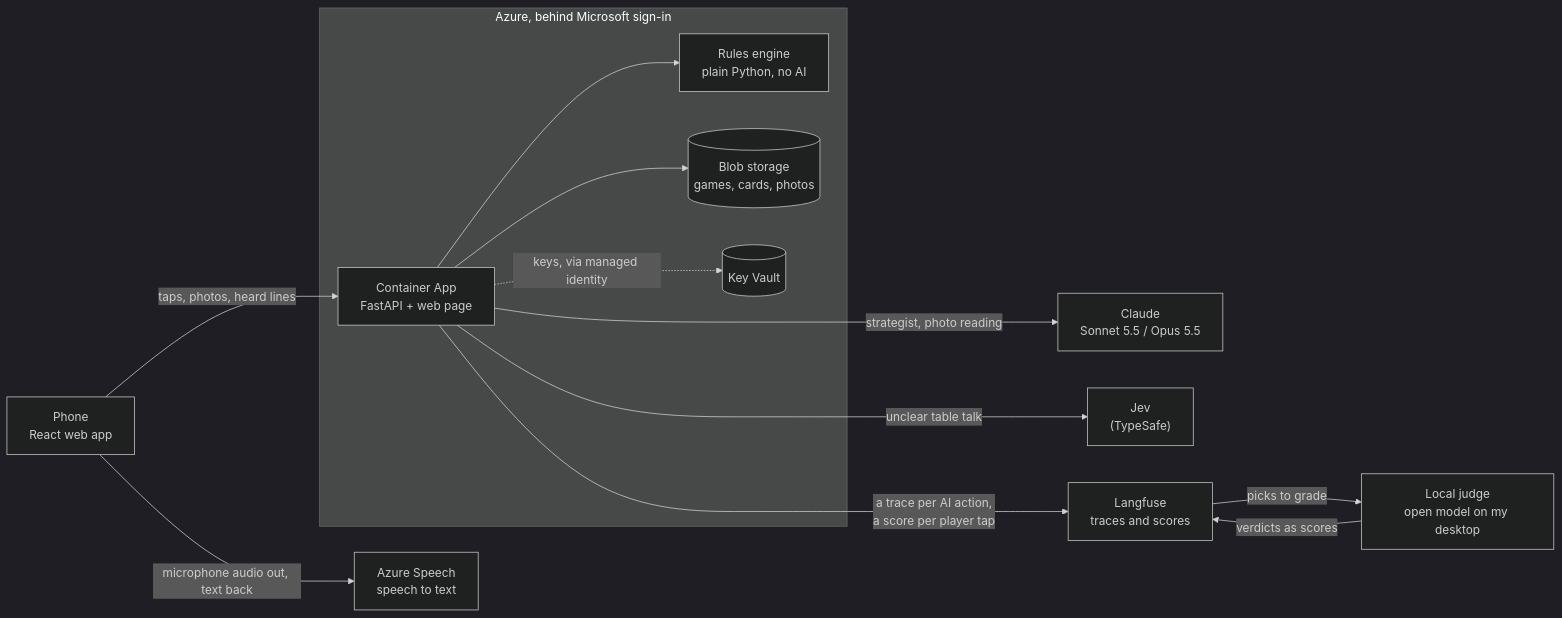
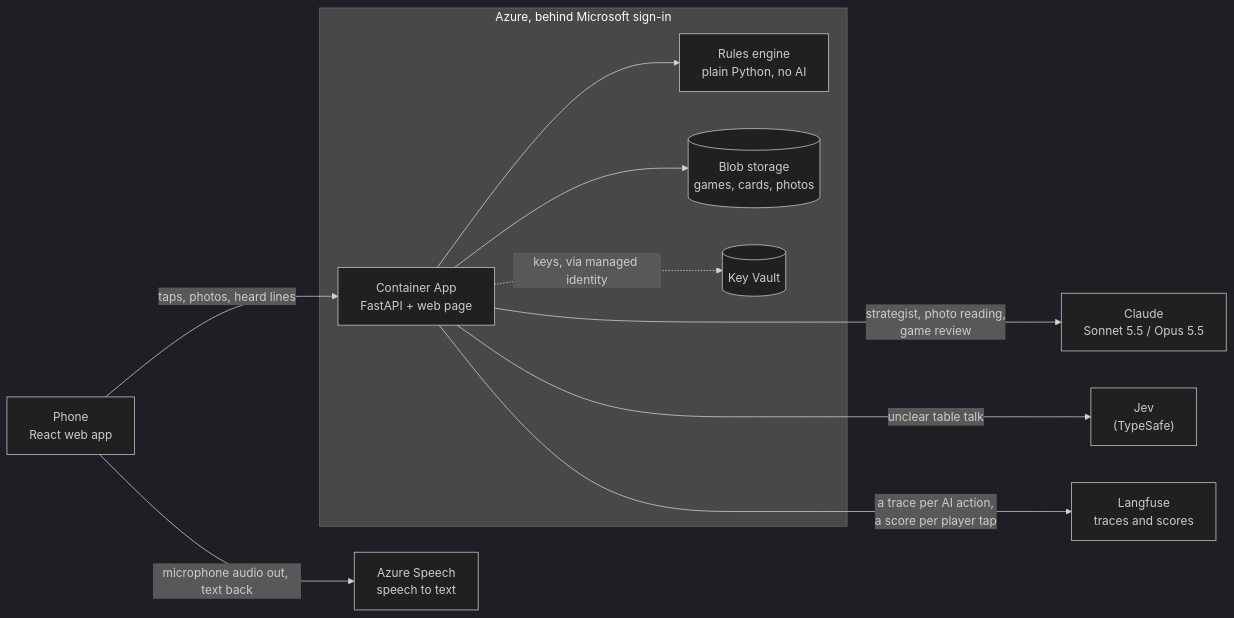
One commit to npransk/NickPranskePublic changed the first of 8 diagrams in Mahjong_Companion/README.md. Above: the diagram before and after it, drawn with Mermaid (dark theme). The commit also changed other lines of this file and 27 other files, not shown here.

First line of the commit message:
Show Score My Game in place of the local LLM judge

````diff
--- a/Mahjong_Companion/README.md
+++ b/Mahjong_Companion/README.md
@@ -65,28 +65,25 @@
 ```mermaid
 flowchart LR
     phone["Phone<br/>React web app"]
     speech["Azure Speech<br/>speech to text"]
 
     subgraph azure["Azure, behind Microsoft sign-in"]
         api["Container App<br/>FastAPI + web page"]
         engine["Rules engine<br/>plain Python, no AI"]
         blob[("Blob storage<br/>games, cards, photos")]
         vault[("Key Vault")]
         api --> engine
         api --> blob
         api -. "keys, via managed identity" .-> vault
     end
 
     claude["Claude<br/>Sonnet 5.5 / Opus 5.5"]
     jev["Jev<br/>(TypeSafe)"]
     langfuse["Langfuse<br/>traces and scores"]
-    judge["Local judge<br/>open model on my desktop"]
 
     phone -- "taps, photos, heard lines" --> api
     phone -- "microphone audio out, text back" --> speech
-    api -- "strategist, photo reading" ----> claude
+    api -- "strategist, photo reading,<br/>game review" ----> claude
     api -- "unclear table talk" ----> jev
     api -- "a trace per AI action,<br/>a score per player tap" ----> langfuse
-    langfuse -- "picks to grade" --> judge
-    judge -- "verdicts as scores" --> langfuse
 ```
````
